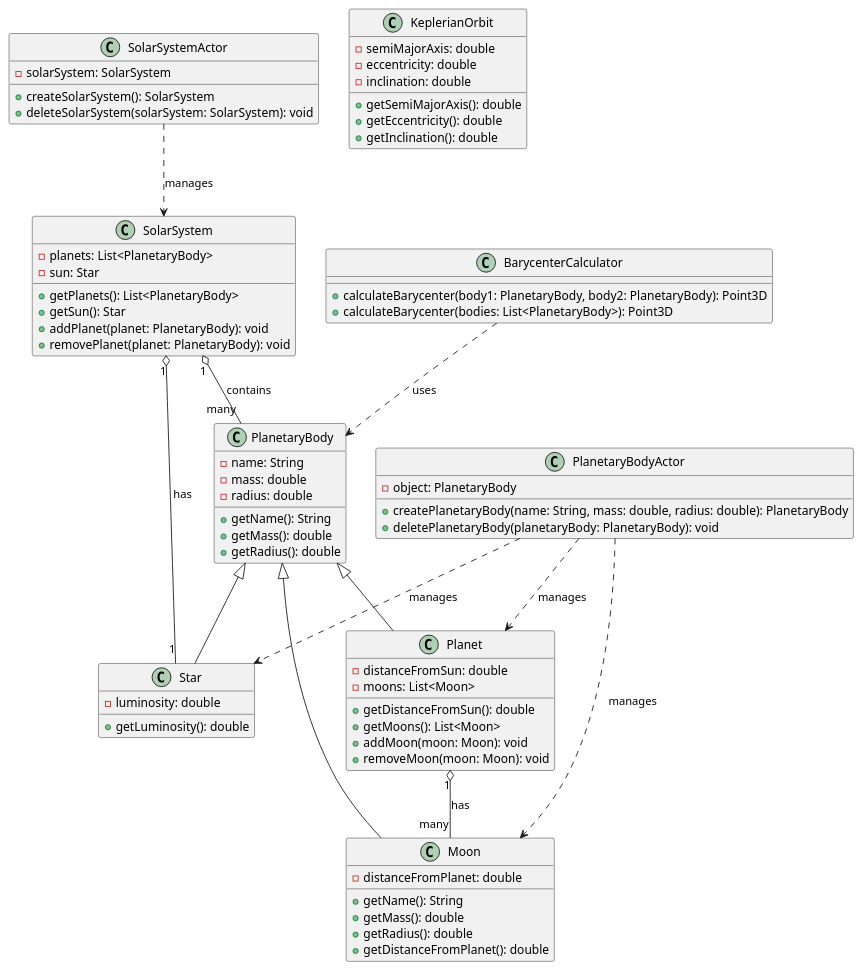
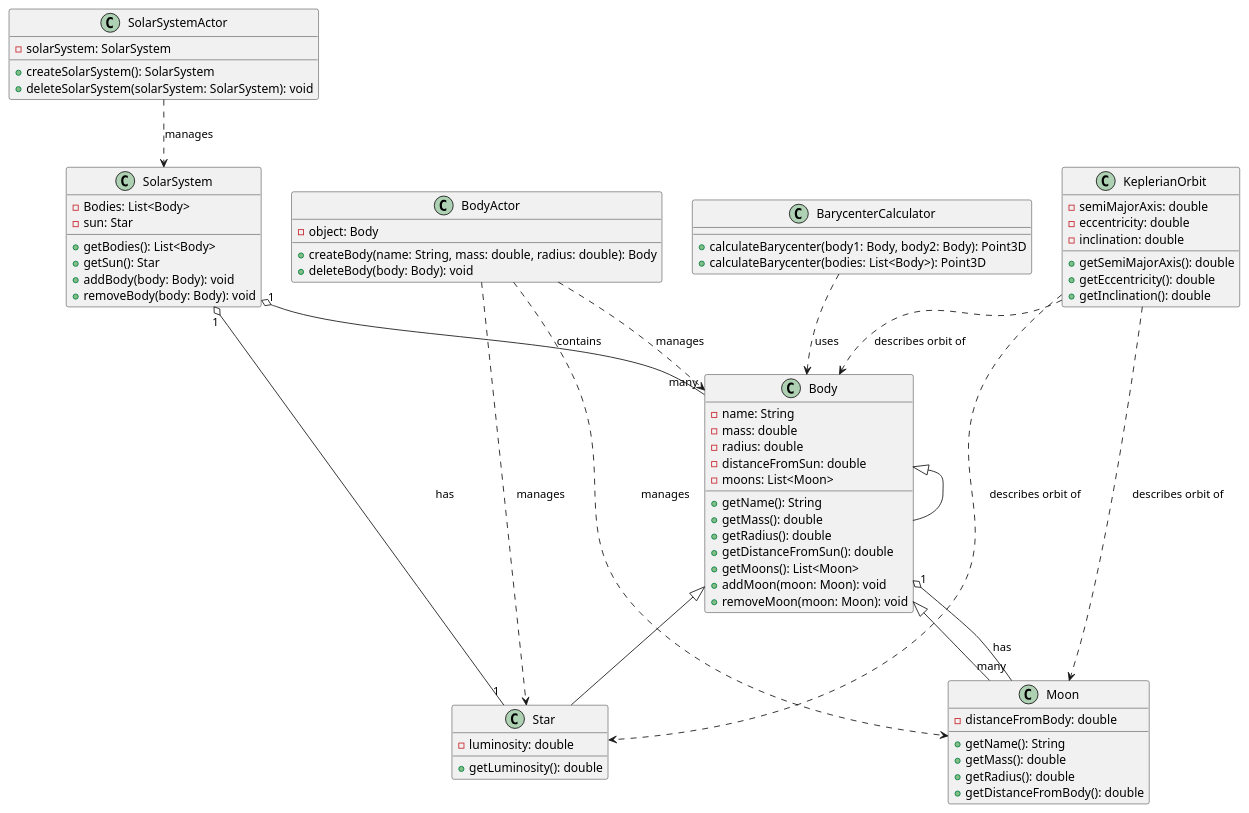
Before and after one commit to kostenarov/SolarSystem: the diagram in core/src/main/java/io/kostenarov/SolarSystem/SolarSystem.puml, drawn with PlantUML. The commit also changed 17 other files, not shown here.

Commit message:
solar system

```diff
--- a/core/src/main/java/io/kostenarov/SolarSystem/SolarSystem.puml
+++ b/core/src/main/java/io/kostenarov/SolarSystem/SolarSystem.puml
@@ -1,84 +1,87 @@
 @startuml
 
 class SolarSystem {
-    - planets: List<PlanetaryBody>
+    - Bodies: List<Body>
     - sun: Star
-    + getPlanets(): List<PlanetaryBody>
+    + getBodies(): List<Body>
     + getSun(): Star
-    + addPlanet(planet: PlanetaryBody): void
-    + removePlanet(planet: PlanetaryBody): void
+    + addBody(body: Body): void
+    + removeBody(body: Body): void
 }
 
-class PlanetaryBodyActor {
-    - object: PlanetaryBody
-    + createPlanetaryBody(name: String, mass: double, radius: double): PlanetaryBody
-    + deletePlanetaryBody(planetaryBody: PlanetaryBody): void
+class BodyActor {
+    - object: Body
+    + createBody(name: String, mass: double, radius: double): Body
+    + deleteBody(body: Body): void
 }
 
 class SolarSystemActor {
     - solarSystem: SolarSystem
     + createSolarSystem(): SolarSystem
     + deleteSolarSystem(solarSystem: SolarSystem): void
 }
 
-class PlanetaryBody {
+class Body {
     - name: String
     - mass: double
     - radius: double
     + getName(): String
     + getMass(): double
     + getRadius(): double
 }
 
 class Star {
     - luminosity: double
     + getLuminosity(): double
 }
 
-class Planet {
+class Body {
     - distanceFromSun: double
     - moons: List<Moon>
     + getDistanceFromSun(): double
     + getMoons(): List<Moon>
     + addMoon(moon: Moon): void
     + removeMoon(moon: Moon): void
 }
 
 class Moon {
-    - distanceFromPlanet: double
+    - distanceFromBody: double
     + getName(): String
     + getMass(): double
     + getRadius(): double
-    + getDistanceFromPlanet(): double
+    + getDistanceFromBody(): double
 }
 
 class KeplerianOrbit {
     - semiMajorAxis: double
     - eccentricity: double
     - inclination: double
     + getSemiMajorAxis(): double
     + getEccentricity(): double
     + getInclination(): double
 }
 
 class BarycenterCalculator {
-    + calculateBarycenter(body1: PlanetaryBody, body2: PlanetaryBody): Point3D
-    + calculateBarycenter(bodies: List<PlanetaryBody>): Point3D
+    + calculateBarycenter(body1: Body, body2: Body): Point3D
+    + calculateBarycenter(bodies: List<Body>): Point3D
 }
 
-SolarSystem "1" o-- "many" PlanetaryBody : contains
+SolarSystem "1" o-- "many" Body : contains
 SolarSystem "1" o-- "1" Star : has
-PlanetaryBody <|-- Star
-PlanetaryBody <|-- Planet
-PlanetaryBody <|-- Moon
-Planet "1" o-- "many" Moon : has
+Body <|-- Star
+Body <|-- Body
+Body <|-- Moon
+Body "1" o-- "many" Moon : has
 
-PlanetaryBodyActor ..> Planet : manages
-PlanetaryBodyActor ..> Moon : manages
-PlanetaryBodyActor ..> Star : manages
+BodyActor ..> Body : manages
+BodyActor ..> Moon : manages
+BodyActor ..> Star : manages
 
 SolarSystemActor ..> SolarSystem : manages
 
-BarycenterCalculator ..> PlanetaryBody : uses
+BarycenterCalculator ..> Body : uses
+KeplerianOrbit ..> Body : describes orbit of
+KeplerianOrbit ..> Star : describes orbit of
+KeplerianOrbit ..> Moon : describes orbit of
 
 @enduml
```
